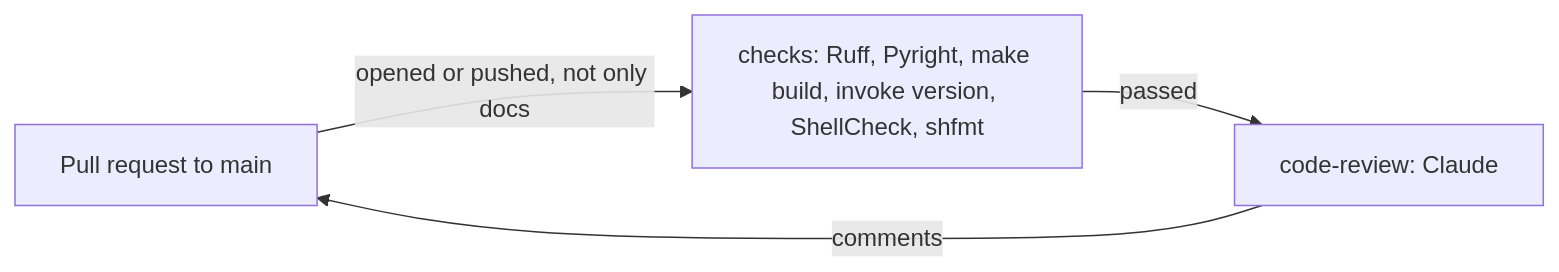
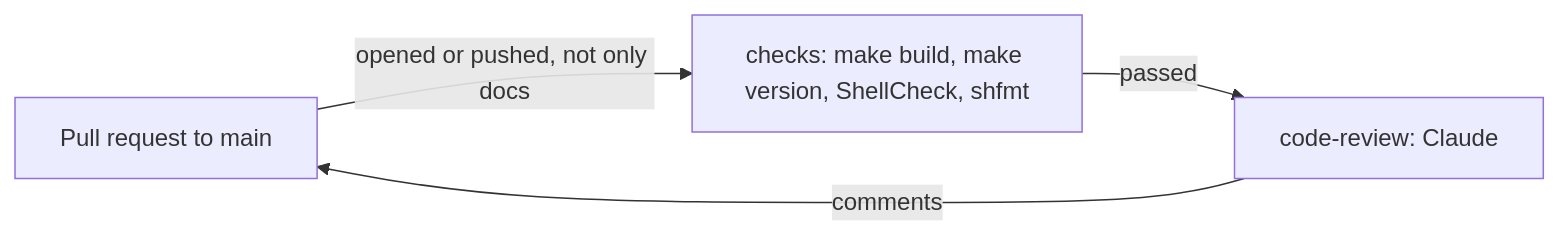
One commit to froazin/wsl changed the diagram in docs/ci.md. Above: the diagram before and after it, drawn with Mermaid. The commit also changed other lines of this file and 31 other files, not shown here.

First line of the commit message:
refactor(tooling): Build with make, jq and the cloud-init CLI

````diff
--- a/docs/ci.md
+++ b/docs/ci.md
@@ -20,8 +20,8 @@
 ```mermaid
 flowchart LR
     accTitle: The jobs that run on a pull request
-    accDescr: A pull request that changes more than docs starts the workflow. The checks job lints and type-checks the tooling, builds the config and lints the shell scripts. When the checks pass, the code-review job runs Claude, which comments on the pull request.
-    pr["Pull request to main"] -->|"opened or pushed, not only docs"| checks["checks: Ruff, Pyright, make build, invoke version, ShellCheck, shfmt"]
+    accDescr: A pull request that changes more than docs starts the workflow. The checks job builds the config, checks the version and lints the shell scripts. When the checks pass, the code-review job runs Claude, which comments on the pull request.
+    pr["Pull request to main"] -->|"opened or pushed, not only docs"| checks["checks: make build, make version, ShellCheck, shfmt"]
     checks -->|passed| review["code-review: Claude"]
     review -->|comments| pr
 ```
````
